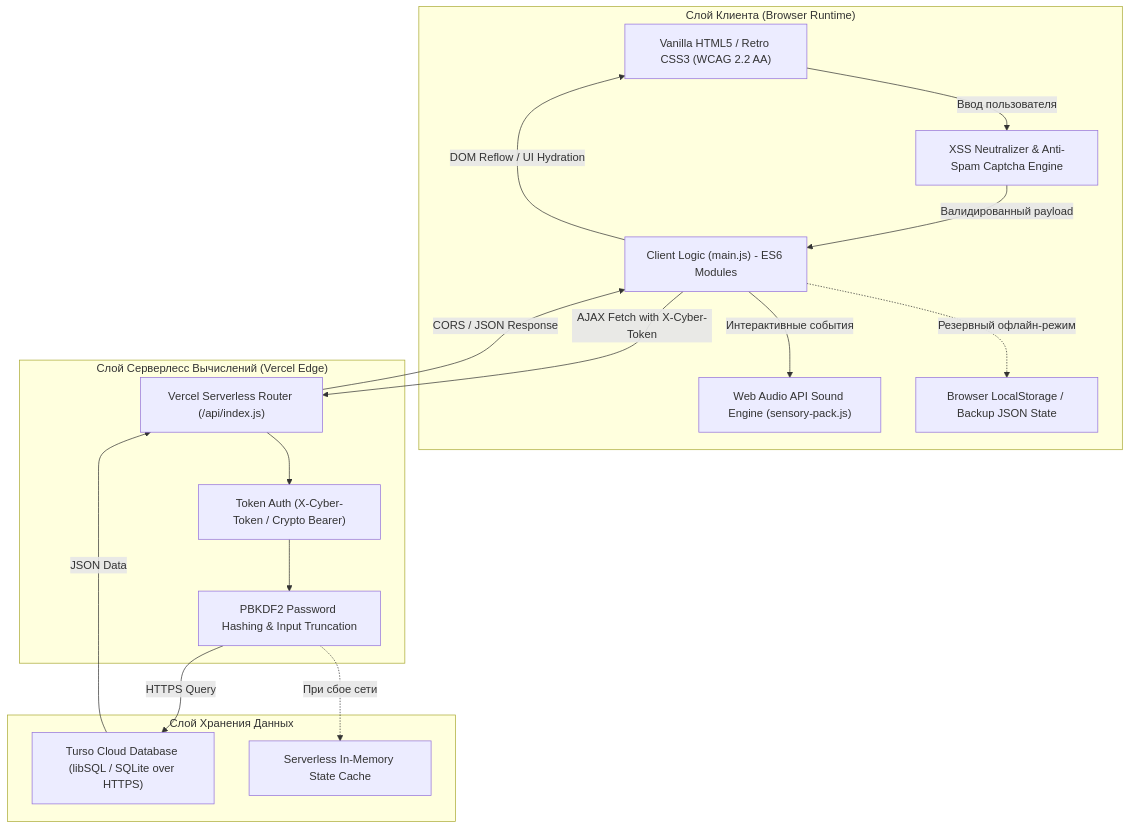
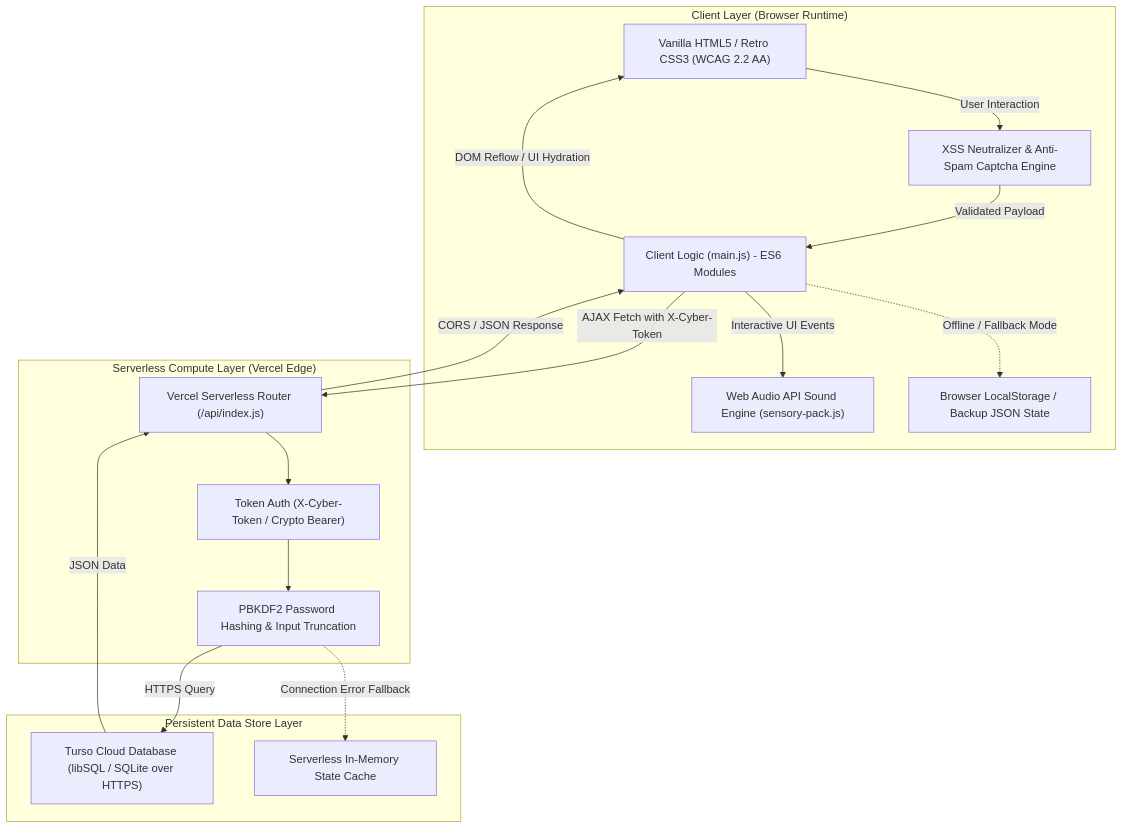
The diagram in README.md (AI-Nikitka93/cyber-nikitka-2000s), drawn with Mermaid before and after one commit. The commit also changed other lines of this file and 2 other files, not shown here.

````diff
--- a/README.md
+++ b/README.md
@@ -68,35 +66,35 @@
 ```mermaid
 flowchart TD
-    subgraph Client ["Слой Клиента (Browser Runtime)"]
+    subgraph Client ["Client Layer (Browser Runtime)"]
         UI["Vanilla HTML5 / Retro CSS3 (WCAG 2.2 AA)"]
         JS["Client Logic (main.js) - ES6 Modules"]
         AUDIO["Web Audio API Sound Engine (sensory-pack.js)"]
         LS["Browser LocalStorage / Backup JSON State"]
         XSS["XSS Neutralizer & Anti-Spam Captcha Engine"]
     end
 
-    subgraph Edge ["Слой Серверлесс Вычислений (Vercel Edge)"]
+    subgraph Edge ["Serverless Compute Layer (Vercel Edge)"]
         API["Vercel Serverless Router (/api/index.js)"]
         AUTH["Token Auth (X-Cyber-Token / Crypto Bearer)"]
         SAN["PBKDF2 Password Hashing & Input Truncation"]
     end
 
-    subgraph Database ["Слой Хранения Данных"]
+    subgraph Database ["Persistent Data Store Layer"]
         TURSO["Turso Cloud Database (libSQL / SQLite over HTTPS)"]
         MEM["Serverless In-Memory State Cache"]
     end
 
-    UI -->|Ввод пользователя| XSS
-    XSS -->|Валидированный payload| JS
+    UI -->|User Interaction| XSS
+    XSS -->|Validated Payload| JS
     JS -->|"AJAX Fetch with X-Cyber-Token"| API
-    JS -.->|Резервный офлайн-режим| LS
-    JS -->|Интерактивные события| AUDIO
+    JS -.->|Offline / Fallback Mode| LS
+    JS -->|Interactive UI Events| AUDIO
     
     API --> AUTH
     AUTH --> SAN
     SAN -->|HTTPS Query| TURSO
-    SAN -.->|При сбое сети| MEM
+    SAN -.->|Connection Error Fallback| MEM
     TURSO -->|JSON Data| API
     API -->|CORS / JSON Response| JS
     JS -->|DOM Reflow / UI Hydration| UI
 ```
````
